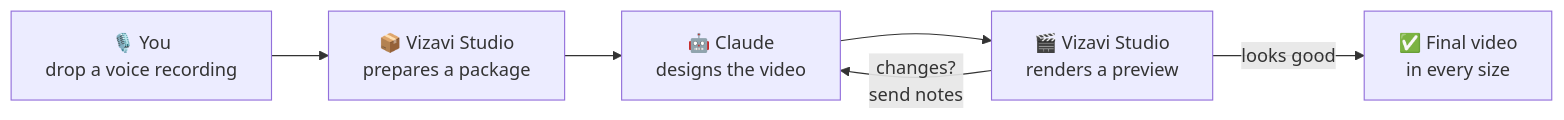
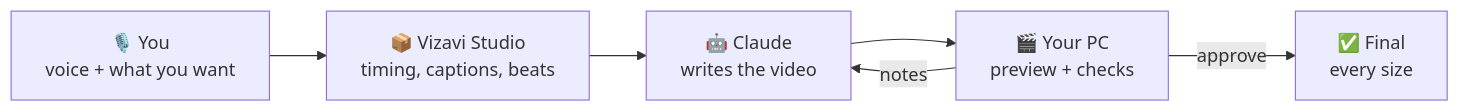
One commit to diyorvekdrs/vizavi-studio changed the diagram in README.md. Above: the diagram before and after it, drawn with Mermaid. The commit also changed other lines of this file and 12 other files, not shown here.

````diff
--- a/README.md
+++ b/README.md
@@ -44,8 +60,8 @@
 ```mermaid
 flowchart LR
-    A["🎙️ You<br/>drop a voice recording"] --> B["📦 Vizavi Studio<br/>prepares a package"]
-    B --> C["🤖 Claude<br/>designs the video"]
-    C --> D["🎬 Vizavi Studio<br/>renders a preview"]
-    D -->|"changes?<br/>send notes"| C
-    D -->|"looks good"| E["✅ Final video<br/>in every size"]
+    A["🎙️ You<br/>voice + what you want"] --> B["📦 Vizavi Studio<br/>timing, captions, beats"]
+    B --> C["🤖 Claude<br/>writes the video"]
+    C --> D["🎬 Your PC<br/>preview + checks"]
+    D -->|"notes"| C
+    D -->|"approve"| E["✅ Final<br/>every size"]
 ```
````
